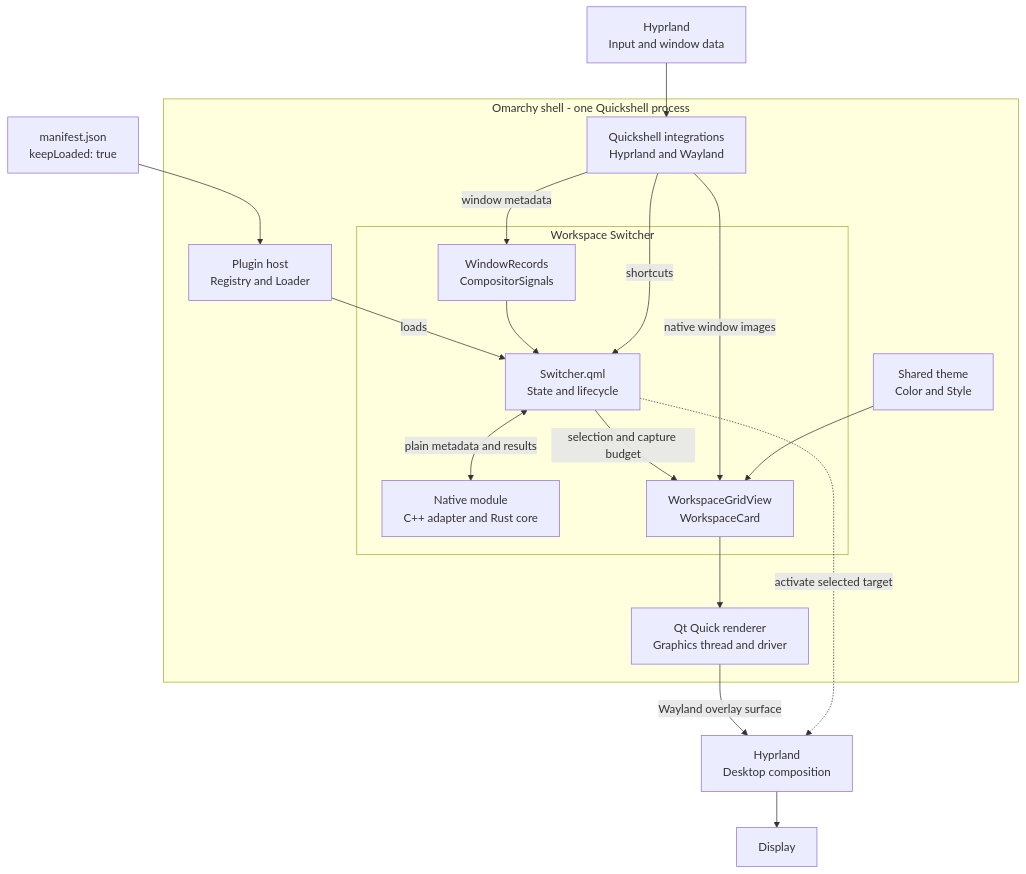
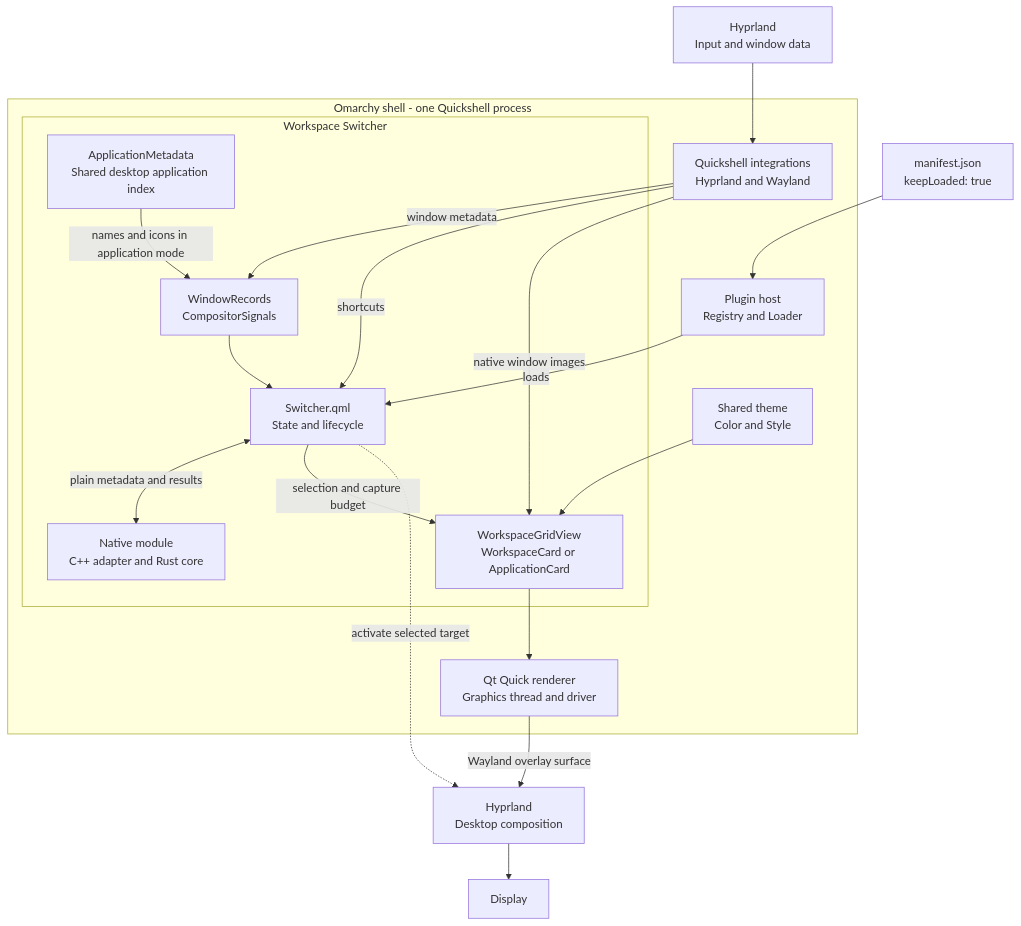
The first of 2 diagrams in docs/architecture.md (clundstrom/omarchy-window-switcher), drawn with Mermaid before and after one commit. The commit also changed other lines of this file and 16 other files, not shown here.

````diff
--- a/docs/architecture.md
+++ b/docs/architecture.md
@@ -13,33 +13,35 @@
 ```mermaid
 flowchart TB
     Input["Hyprland<br/>Input and window data"] --> Integration
     Manifest["manifest.json<br/>keepLoaded: true"] --> Host
 
     subgraph Shell["Omarchy shell - one Quickshell process"]
         Host["Plugin host<br/>Registry and Loader"]
         Integration["Quickshell integrations<br/>Hyprland and Wayland"]
         Theme["Shared theme<br/>Color and Style"]
 
         subgraph Plugin["Workspace Switcher"]
             Records["WindowRecords<br/>CompositorSignals"]
             Controller["Switcher.qml<br/>State and lifecycle"]
             Core["Native module<br/>C++ adapter and Rust core"]
-            View["WorkspaceGridView<br/>WorkspaceCard"]
+            View["WorkspaceGridView<br/>WorkspaceCard or ApplicationCard"]
+            Apps["ApplicationMetadata<br/>Shared desktop application index"]
         end
 
         Renderer["Qt Quick renderer<br/>Graphics thread and driver"]
         Host -->|"loads"| Controller
         Integration -->|"window metadata"| Records
+        Apps -->|"names and icons in application mode"| Records
         Records --> Controller
         Integration -->|"shortcuts"| Controller
         Controller <-->|"plain metadata and results"| Core
         Controller -->|"selection and capture budget"| View
         Integration -->|"native window images"| View
         Theme --> View
         View --> Renderer
     end
 
     Renderer -->|"Wayland overlay surface"| Compositor["Hyprland<br/>Desktop composition"]
     Controller -.->|"activate selected target"| Compositor
     Compositor --> Display["Display"]
 ```
````
